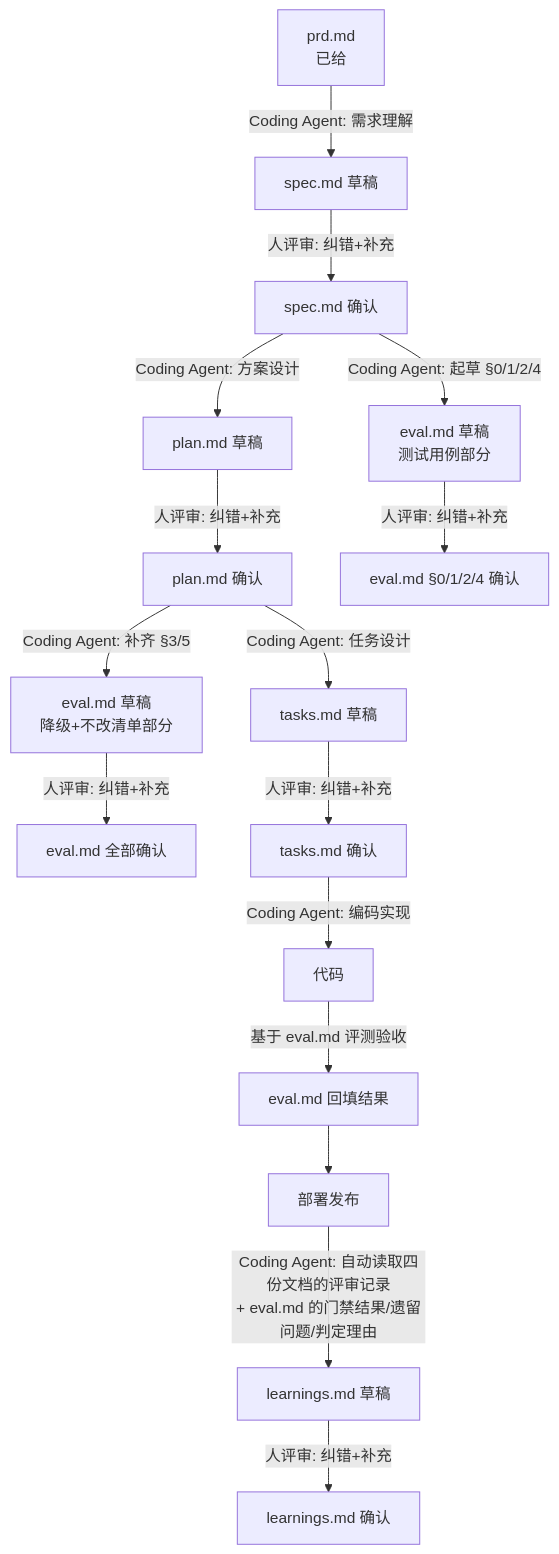
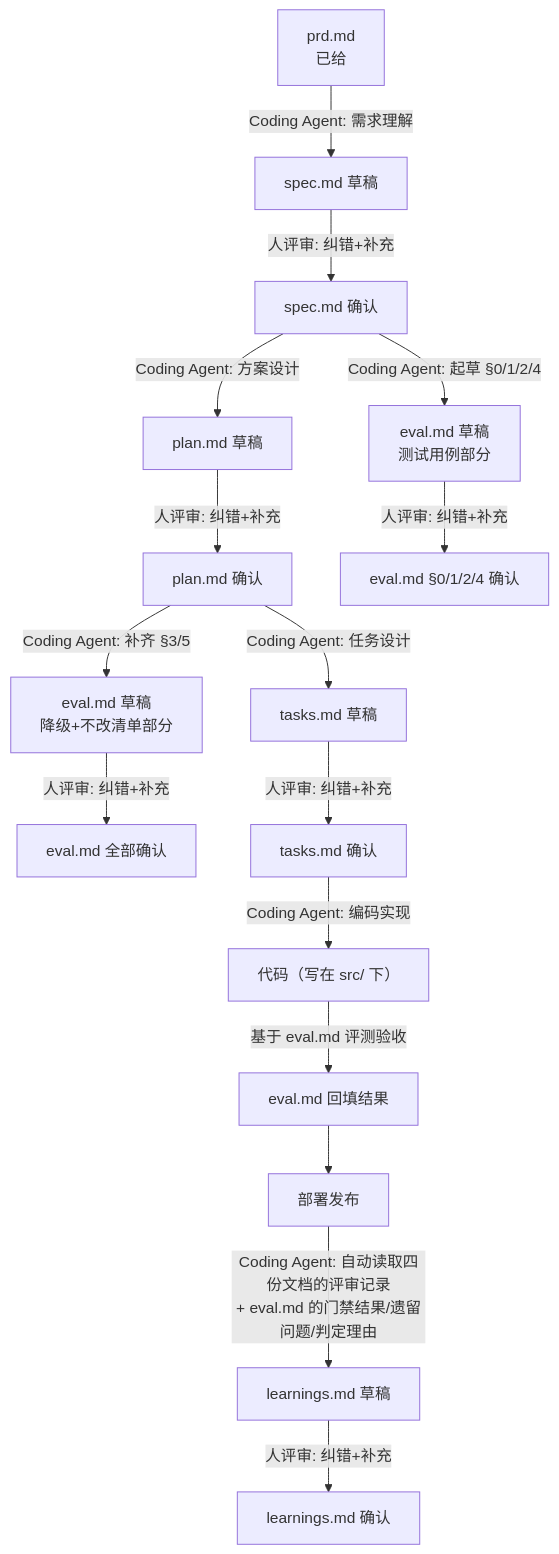
Before and after one commit to xjtai/zszc_ai_coding: the diagram in README.md, drawn with Mermaid. The commit also changed other lines of this file, not shown here.

First line of the commit message:
Tell the Coding Agent where code goes; fix step numbering in README

````diff
--- a/README.md
+++ b/README.md
@@ -9,18 +9,18 @@
 ```mermaid
 flowchart TD
     P[prd.md<br/>已给] -->|Coding Agent: 需求理解| S1[spec.md 草稿]
     S1 -->|人评审: 纠错+补充| S2[spec.md 确认]
     S2 -->|Coding Agent: 方案设计| PL1[plan.md 草稿]
     S2 -->|Coding Agent: 起草 §0/1/2/4| EV1[eval.md 草稿<br/>测试用例部分]
     PL1 -->|人评审: 纠错+补充| PL2[plan.md 确认]
     EV1 -->|人评审: 纠错+补充| EV2[eval.md §0/1/2/4 确认]
     PL2 -->|Coding Agent: 补齐 §3/5| EV3[eval.md 草稿<br/>降级+不改清单部分]
     PL2 -->|Coding Agent: 任务设计| T1[tasks.md 草稿]
     EV3 -->|人评审: 纠错+补充| EV4[eval.md 全部确认]
     T1 -->|人评审: 纠错+补充| T2[tasks.md 确认]
-    T2 -->|Coding Agent: 编码实现| CODE[代码]
+    T2 -->|Coding Agent: 编码实现| CODE["代码（写在 src/ 下）"]
     CODE -->|基于 eval.md 评测验收| EVAL[eval.md 回填结果]
     EVAL --> DEPLOY[部署发布]
     DEPLOY -->|Coding Agent: 自动读取四份文档的评审记录<br/>+ eval.md 的门禁结果/遗留问题/判定理由| L1[learnings.md 草稿]
     L1 -->|人评审: 纠错+补充| L2[learnings.md 确认]
 ```
````
